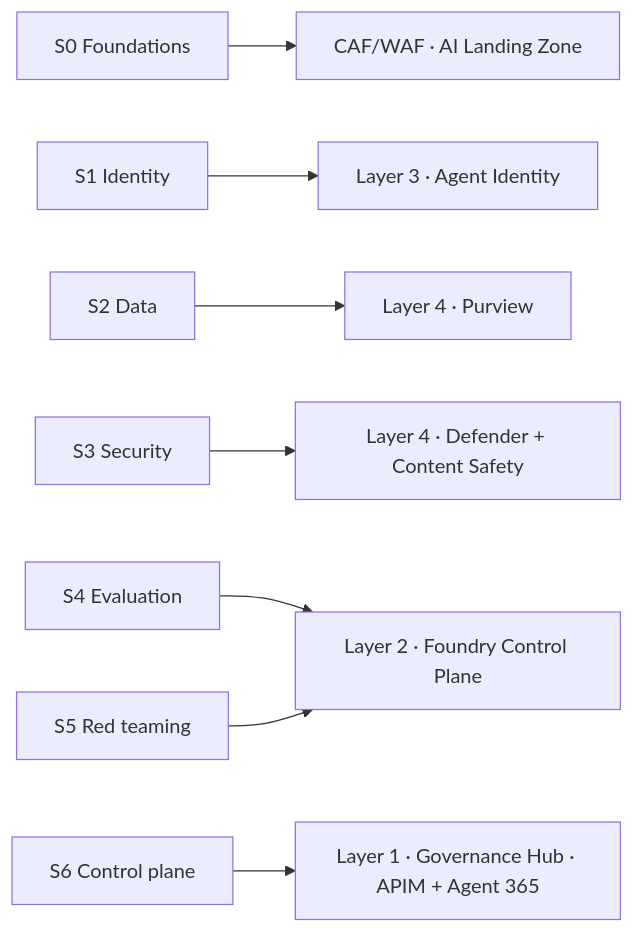
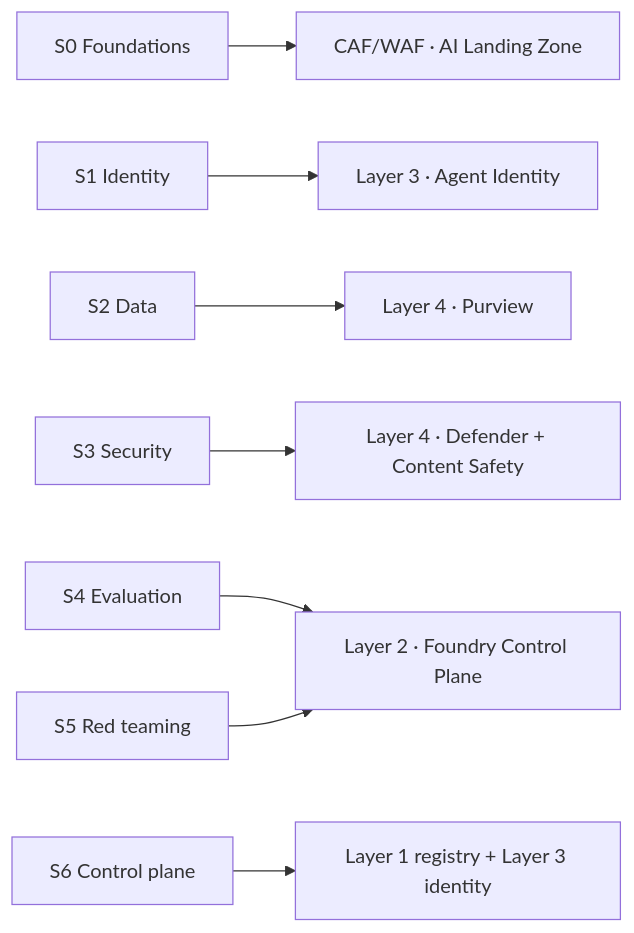
The second of 2 diagrams in docs/reference/reference-architectures.md (microsoft/frontier-ai-governance-rvas), drawn with Mermaid before and after one commit. The commit also changed other lines of this file and 6 other files, not shown here.

Commit message:
feat: enhance documentation with AI Hub Gateway and Citadel Governance Hub details across multiple sections

````diff
--- a/docs/reference/reference-architectures.md
+++ b/docs/reference/reference-architectures.md
@@ -60,10 +60,10 @@
 ```mermaid
 graph LR
     S0[S0 Foundations] --> C0[CAF/WAF · AI Landing Zone]
     S1[S1 Identity] --> C3[Layer 3 · Agent Identity]
     S2[S2 Data] --> C4d[Layer 4 · Purview]
     S3[S3 Security] --> C4s[Layer 4 · Defender + Content Safety]
     S4[S4 Evaluation] --> C2[Layer 2 · Foundry Control Plane]
     S5[S5 Red teaming] --> C2
-    S6[S6 Control plane] --> C1[Layer 1 · Governance Hub · APIM + Agent 365]
+    S6[S6 Control plane] --> C1[Layer 1 registry + Layer 3 identity]
 ```
````
